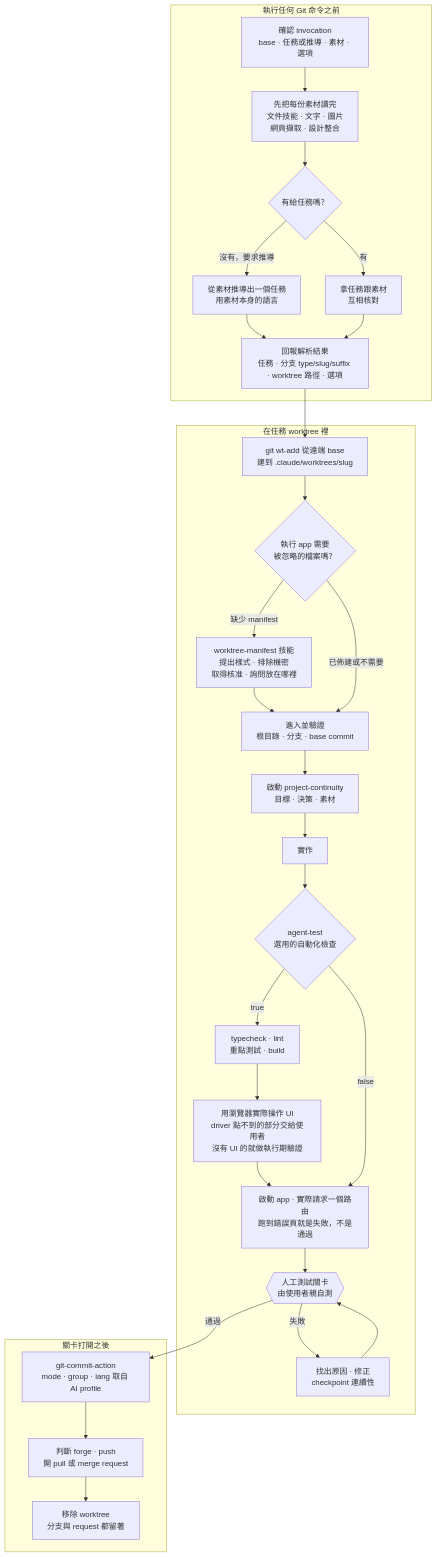
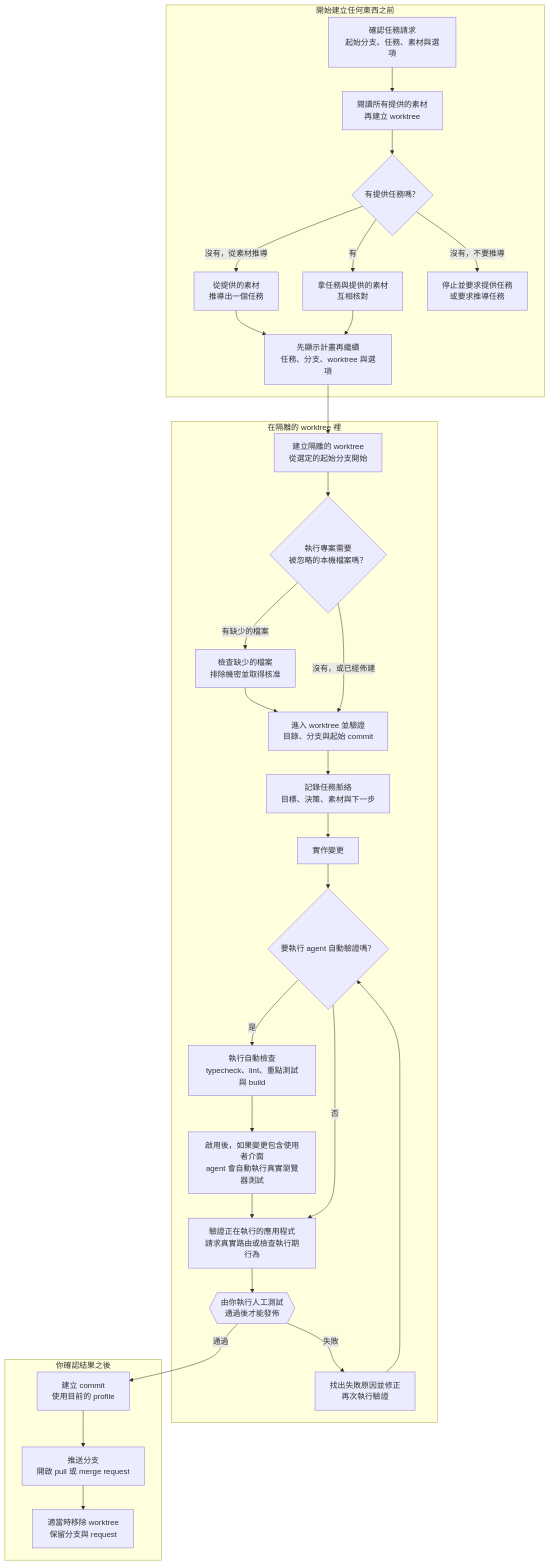
One commit to sherrilla71940/dotfiles changed the second of 3 diagrams in README.zh-TW.md. Above: the diagram before and after it, drawn with Mermaid. The commit also changed other lines of this file and 1 other file, not shown here.

````diff
--- a/README.zh-TW.md
+++ b/README.zh-TW.md
@@ -254,52 +183,54 @@
 ```mermaid
 flowchart TD
-    subgraph resolve["執行任何 Git 命令之前"]
-        A["確認 invocation<br/>base · 任務或推導 · 素材 · 選項"]
-        B["先把每份素材讀完<br/>文件技能 · 文字 · 圖片<br/>網頁擷取 · 設計整合"]
-        C{"有給任務嗎？"}
-        D["從素材推導出一個任務<br/>用素材本身的語言"]
-        E["拿任務跟素材<br/>互相核對"]
-        F["回報解析結果<br/>任務 · 分支 type/slug/suffix · worktree 路徑 · 選項"]
+    subgraph resolve["開始建立任何東西之前"]
+        A["確認任務請求<br/>起始分支、任務、素材與選項"]
+        B["閱讀所有提供的素材<br/>再建立 worktree"]
+        C{"有提供任務嗎？"}
+        D["從提供的素材<br/>推導出一個任務"]
+        E["拿任務與提供的素材<br/>互相核對"]
+        F["先顯示計畫再繼續<br/>任務、分支、worktree 與選項"]
+        Z["停止並要求提供任務<br/>或要求推導任務"]
         A --> B --> C
-        C -->|"沒有，要求推導"| D
+        C -->|"沒有，從素材推導"| D
         C -->|"有"| E
+        C -->|"沒有，不要推導"| Z
         D --> F
         E --> F
     end
 
-    subgraph isolate["在任務 worktree 裡"]
-        G["git wt-add 從遠端 base<br/>建到 .claude/worktrees/slug"]
-        H{"執行 app 需要<br/>被忽略的檔案嗎？"}
-        I["worktree-manifest 技能<br/>提出樣式 · 排除機密<br/>取得核准 · 詢問放在哪裡"]
-        J["進入並驗證<br/>根目錄 · 分支 · base commit"]
-        K["啟動 project-continuity<br/>目標 · 決策 · 素材"]
-        L["實作"]
-        M{"agent-test<br/>選用的自動化檢查"}
-        N["typecheck · lint<br/>重點測試 · build"]
-        N2["用瀏覽器實際操作 UI<br/>driver 點不到的部分交給使用者<br/>沒有 UI 的就做執行期驗證"]
-        N3["啟動 app · 實際請求一個路由<br/>跑到錯誤頁就是失敗，不是通過"]
-        O{{"人工測試關卡<br/>由使用者親自測"}}
-        P["找出原因 · 修正<br/>checkpoint 連續性"]
+    subgraph isolate["在隔離的 worktree 裡"]
+        G["建立隔離的 worktree<br/>從選定的起始分支開始"]
+        H{"執行專案需要<br/>被忽略的本機檔案嗎？"}
+        I["檢查缺少的檔案<br/>排除機密並取得核准"]
+        J["進入 worktree 並驗證<br/>目錄、分支與起始 commit"]
+        K["記錄任務脈絡<br/>目標、決策、素材與下一步"]
+        L["實作變更"]
+        M{"要執行 agent 自動驗證嗎？"}
+        N["執行自動檢查<br/>typecheck、lint、重點測試與 build"]
+        N2["啟用後，如果變更包含使用者介面<br/>agent 會自動執行真實瀏覽器測試"]
+        N3["驗證正在執行的應用程式<br/>請求真實路由或檢查執行期行為"]
+        O{{"由你執行人工測試<br/>通過後才能發佈"}}
+        P["找出失敗原因並修正<br/>再次執行驗證"]
         G --> H
-        H -->|"缺少 manifest"| I
+        H -->|"有缺少的檔案"| I
         I --> J
-        H -->|"已佈建或不需要"| J
+        H -->|"沒有，或已經佈建"| J
         J --> K --> L --> M
-        M -->|"true"| N
+        M -->|"是"| N
         N --> N2 --> N3
-        M -->|"false"| N3
+        M -->|"否"| N3
         N3 --> O
         O -->|"失敗"| P
-        P --> O
+        P --> M
     end
 
-    subgraph publish["關卡打開之後"]
-        Q["git-commit-action<br/>mode · group · lang 取自 AI profile"]
-        R["判斷 forge · push<br/>開 pull 或 merge request"]
-        S["移除 worktree<br/>分支與 request 都留著"]
+    subgraph publish["你確認結果之後"]
+        Q["建立 commit<br/>使用目前的 profile"]
+        R["推送分支<br/>開啟 pull 或 merge request"]
+        S["適當時移除 worktree<br/>保留分支與 request"]
         Q --> R --> S
     end
 
     F --> G
     O -->|"通過"| Q
 ```
````
